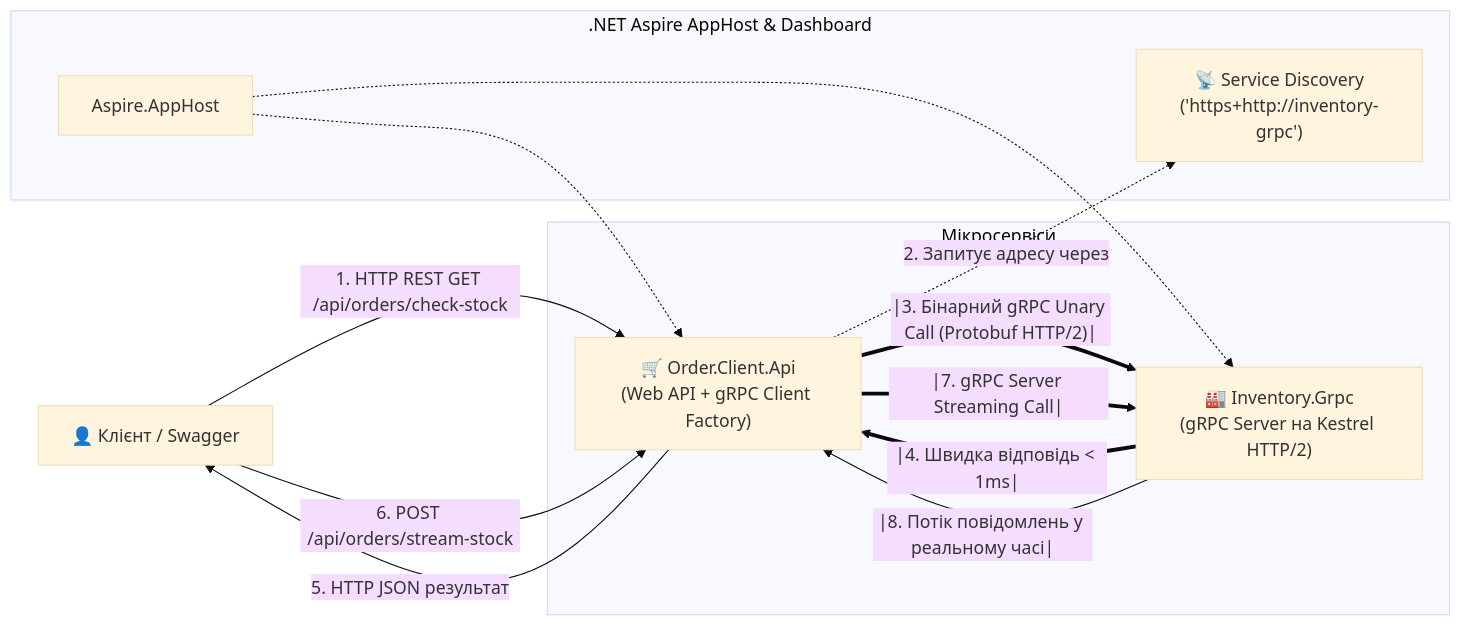
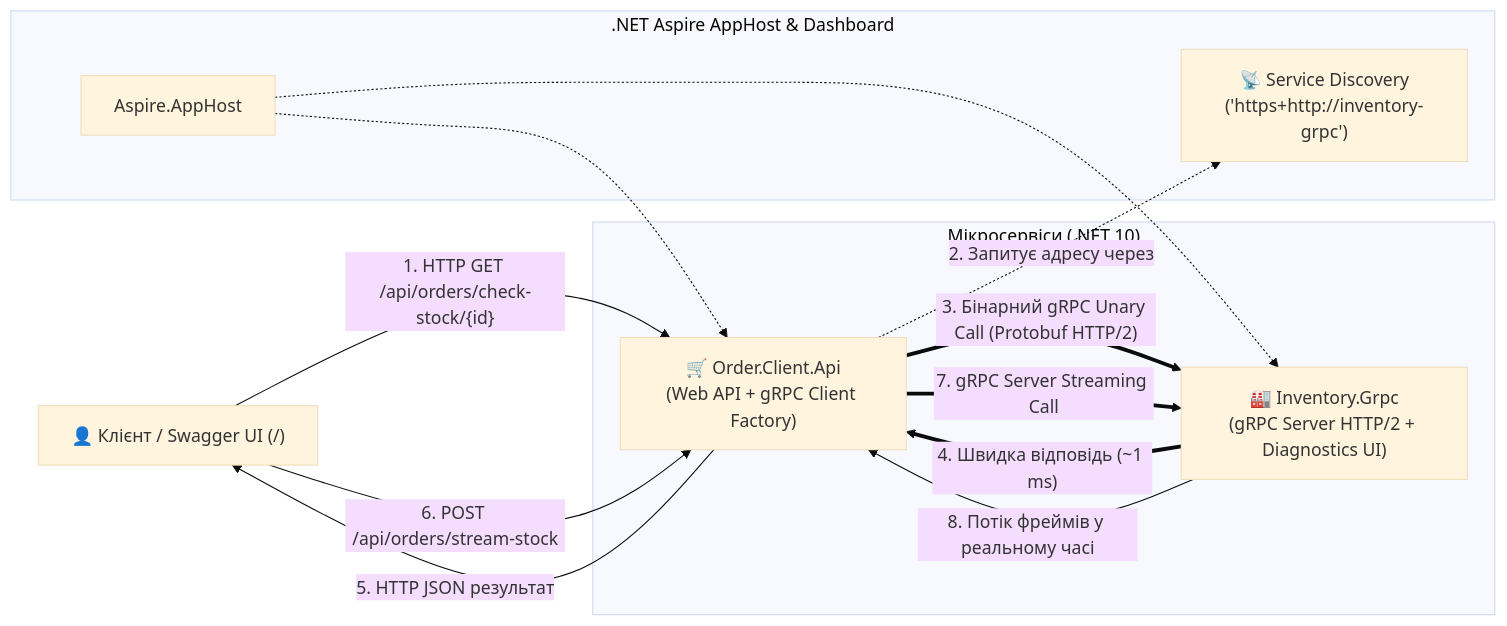
The diagram in 05-Synchronous-Transport-gRPC/README.md (MrTomkaYurii/Microservices-Aspire-Mastery), drawn with Mermaid (base theme) before and after one commit. The commit also changed other lines of this file and 49 other files, not shown here.

````diff
--- a/05-Synchronous-Transport-gRPC/README.md
+++ b/05-Synchronous-Transport-gRPC/README.md
@@ -9,30 +9,27 @@
 ```mermaid
 flowchart LR
-    Client["👤 Клієнт / Swagger"]
+    Client["👤 Клієнт / Swagger UI (/)"]
 
     subgraph AspireOrchestrator [".NET Aspire AppHost & Dashboard"]
         AppHost["Aspire.AppHost"]
-        Discovery["📡 Service Discovery
-('https+http://inventory-grpc')"]
+        Discovery["📡 Service Discovery<br/>('https+http://inventory-grpc')"]
     end
 
-    subgraph Microservices ["Мікросервіси"]
-        OrderClient["🛒 Order.Client.Api
-(Web API + gRPC Client Factory)"]
-        InventoryServer["🏭 Inventory.Grpc
-(gRPC Server на Kestrel HTTP/2)"]
+    subgraph Microservices ["Мікросервіси (.NET 10)"]
+        OrderClient["🛒 Order.Client.Api<br/>(Web API + gRPC Client Factory)"]
+        InventoryServer["🏭 Inventory.Grpc<br/>(gRPC Server HTTP/2 + Diagnostics UI)"]
     end
 
     AppHost -.-> OrderClient
     AppHost -.-> InventoryServer
 
-    Client -->|1. HTTP REST GET /api/orders/check-stock| OrderClient
-    OrderClient -.->|2. Запитує адресу через| Discovery
-    OrderClient ==|3. Бінарний gRPC Unary Call (Protobuf HTTP/2)|==> InventoryServer
-    InventoryServer ==|4. Швидка відповідь &lt; 1ms|==> OrderClient
-    OrderClient -->|5. HTTP JSON результат| Client
+    Client -->|"1. HTTP GET /api/orders/check-stock/{id}"| OrderClient
+    OrderClient -.->|"2. Запитує адресу через"| Discovery
+    OrderClient ==>|"3. Бінарний gRPC Unary Call (Protobuf HTTP/2)"| InventoryServer
+    InventoryServer ==>|"4. Швидка відповідь (~1 ms)"| OrderClient
+    OrderClient -->|"5. HTTP JSON результат"| Client
 
-    Client -->|6. POST /api/orders/stream-stock| OrderClient
-    OrderClient ==|7. gRPC Server Streaming Call|==> InventoryServer
-    InventoryServer --|8. Потік повідомлень у реальному часі|--> OrderClient
+    Client -->|"6. POST /api/orders/stream-stock"| OrderClient
+    OrderClient ==>|"7. gRPC Server Streaming Call"| InventoryServer
+    InventoryServer -->|"8. Потік фреймів у реальному часі"| OrderClient
 ```
````
